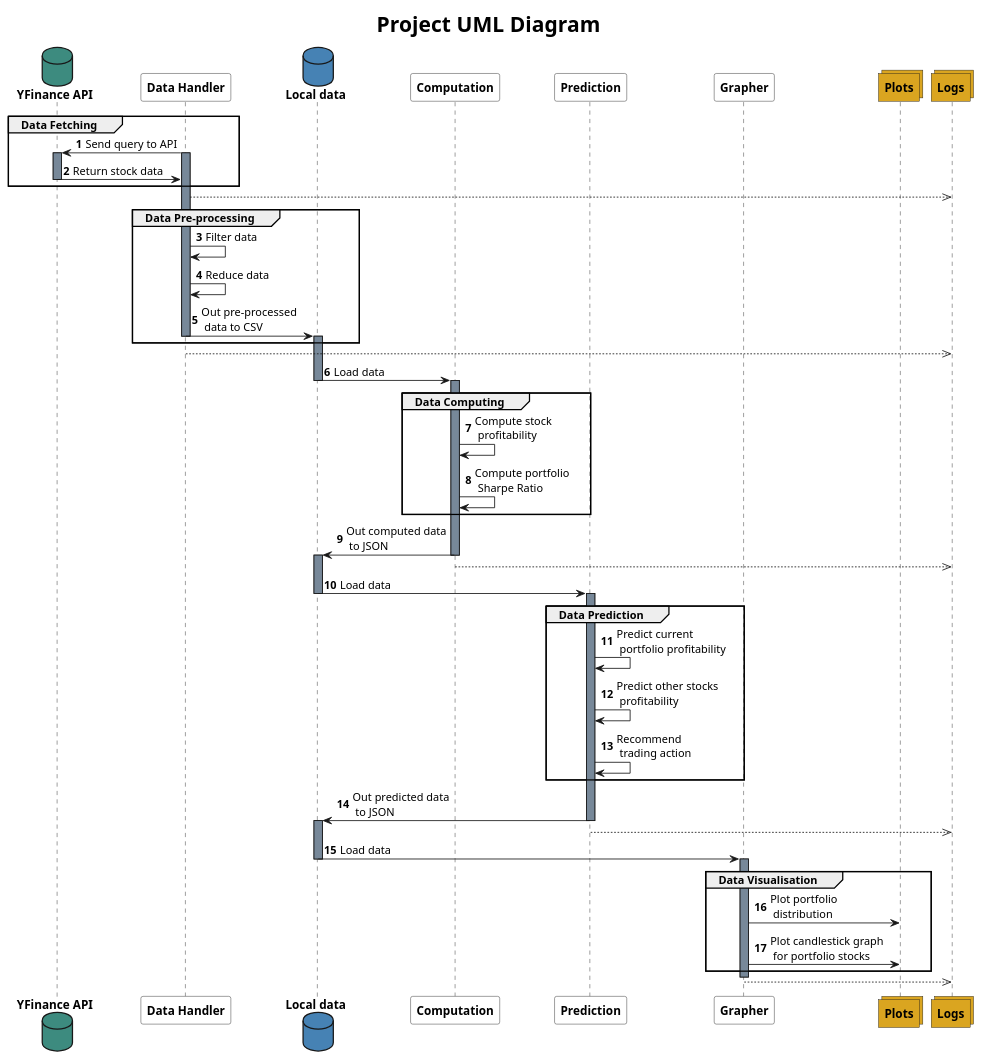
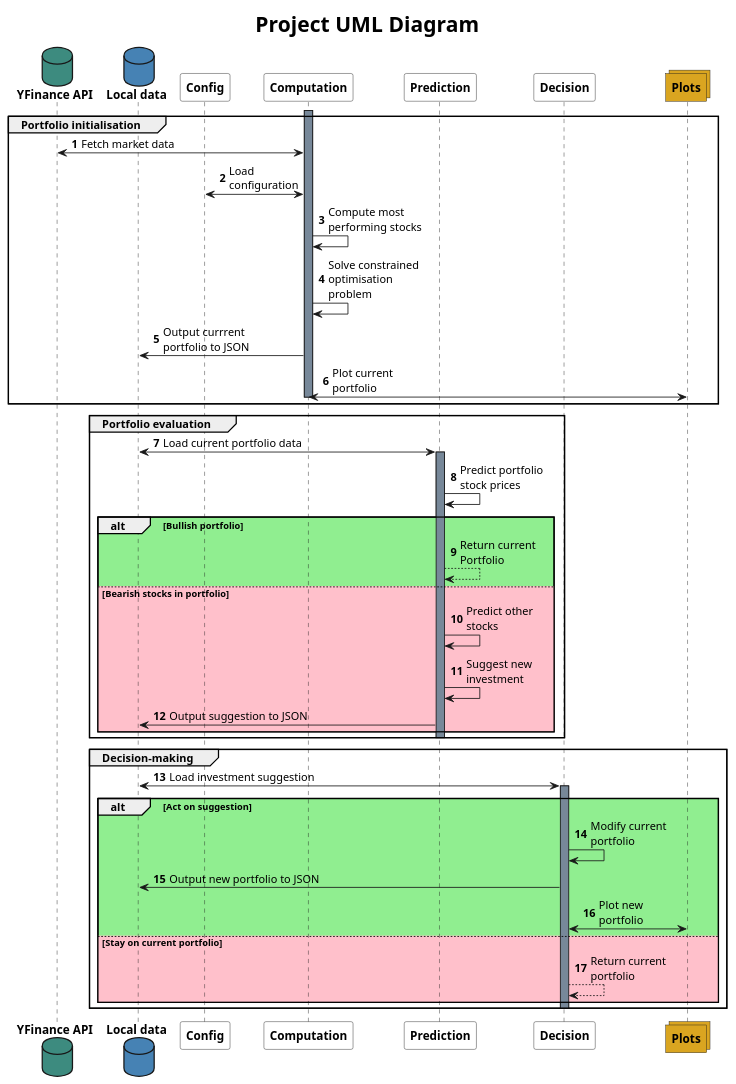
One commit to romainmrad/UVProjet changed the first of 3 diagrams in docs/sequence_diagram/sequence.puml. Above: the diagram before and after it, drawn with PlantUML. The commit also changed 19 other files, not shown here.

Commit message:
Updating architecture for POO, adding stock, portfolio and market objects

```diff
--- a/docs/sequence_diagram/sequence.puml
+++ b/docs/sequence_diagram/sequence.puml
@@ -1,104 +1,63 @@
 @startuml
 
 skinparam ParticipantFontStyle bold
 skinparam DatabaseFontStyle bold
 skinparam CollectionsFontStyle bold
 skinparam BackgroundColor White
 skinparam TitleFontSize 25
 skinparam TitleFontStyle bold
 autonumber
 
 
 title Project UML Diagram
 
 
 database "YFinance API" #3D8B7F
-participant "Data Handler" #White
 database "Local data" #SteelBlue
+participant Config #White
 participant Computation #White
 participant Prediction #White
-participant Grapher #White
+participant Decision #White
 collections Plots #GoldenRod
-collections Logs #GoldenRod
 
 
-group Data Fetching
-"Data Handler"->"YFinance API": Send query to API
-activate "Data Handler" #LightSlateGrey
-activate "YFinance API" #LightSlateGrey
-"YFinance API"->"Data Handler": Return stock data
-deactivate "YFinance API"
+group Portfolio initialisation
+activate Computation #LightSlateGrey
+Computation <-> "YFinance API": Fetch market data
+Computation <-> Config: Load \nconfiguration
+Computation -> Computation: Compute most \nperforming stocks
+Computation -> Computation: Solve constrained\noptimisation \nproblem
+Computation -> "Local data": Output currrent \nportfolio to JSON
+Plots <-> Computation: Plot current \nportfolio
+deactivate Computation
 end
 
 
-autonumber stop
-"Data Handler"-->>Logs
-autonumber resume
-
-
-group Data Pre-processing
-"Data Handler"->"Data Handler": Filter data
-"Data Handler"->"Data Handler": Reduce data
-"Data Handler"->"Local data": Out pre-processed \n data to CSV
-deactivate "Data Handler"
-activate "Local data" #LightSlateGrey
+group Portfolio evaluation
+Prediction <-> "Local data": Load current portfolio data
+activate Prediction #LightSlateGrey
+Prediction -> Prediction: Predict portfolio \nstock prices
+alt #LightGreen Bullish portfolio
+    Prediction -->Prediction: Return current\nPortfolio
+else #Pink Bearish stocks in portfolio
+    Prediction -> Prediction: Predict other\nstocks
+    Prediction -> Prediction: Suggest new\ninvestment
+    Prediction -> "Local data": Output suggestion to JSON
+end
+deactivate Prediction
 end
 
 
-autonumber stop
-"Data Handler"-->>Logs
-autonumber resume
-
-
-"Local data"->Computation: Load data
-group Data Computing
-deactivate "Local data"
-activate Computation #LightSlateGrey
-Computation->Computation: Compute stock \n profitability
-Computation->Computation: Compute portfolio \n Sharpe Ratio
+group Decision-making
+Decision <-> "Local data": Load investment suggestion
+activate Decision #LightSlateGrey
+alt #LightGreen Act on suggestion
+    Decision -> Decision: Modify current \nportfolio
+    Decision -> "Local data": Output new portfolio to JSON
+    Plots <-> Decision: Plot new \nportfolio
+else #Pink Stay on current portfolio
+    Decision --> Decision: Return current\nportfolio
 end
-Computation->"Local data": Out computed data \n to JSON
-deactivate Computation
-activate "Local data" #LightSlateGrey
-
-
-
-autonumber stop
-Computation-->>Logs
-autonumber resume
-
-
-"Local data"->Prediction: Load data
-group Data Prediction
-deactivate "Local data"
-activate Prediction #LightSlateGrey
-Prediction->Prediction: Predict current\n portfolio profitability
-Prediction->Prediction: Predict other stocks \n profitability
-Prediction->Prediction: Recommend \n trading action
+deactivate Decision
 end
-Prediction->"Local data": Out predicted data \n to JSON
-deactivate Prediction
-activate "Local data" #LightSlateGrey
-
-
-autonumber stop
-Prediction-->>Logs
-autonumber resume
-
-
-"Local data"->Grapher: Load data
-deactivate "Local data"
-group Data Visualisation
-activate Grapher #LightSlateGrey
-Grapher->Plots: Plot portfolio \n distribution
-Grapher->Plots: Plot candlestick graph \n for portfolio stocks
-end
-deactivate Grapher
-
-
-autonumber stop
-Grapher-->>Logs
-autonumber resume
-
-
 @enduml
```
